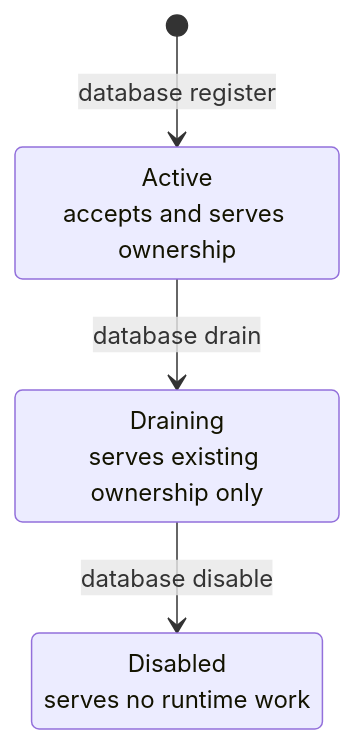
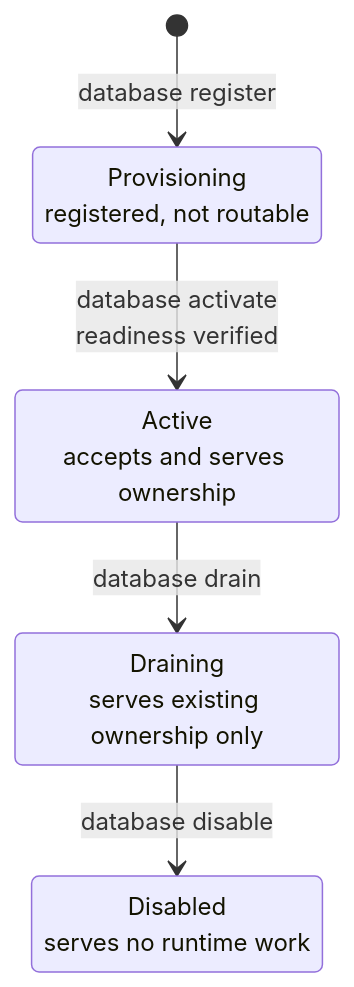
Before and after one commit to gregl83/agent-vigilo: the second of 4 diagrams in web/docs/architecture/scaling/index.mdx, drawn with Mermaid. The commit also changed other lines of this file and 11 other files, not shown here.

````diff
--- a/web/docs/architecture/scaling/index.mdx
+++ b/web/docs/architecture/scaling/index.mdx
@@ -306,10 +319,12 @@
 ```mermaid
 stateDiagram-v2
+    state "Provisioning<br/>registered, not routable" as provisioning
     state "Active<br/>accepts and serves ownership" as active
     state "Draining<br/>serves existing ownership only" as draining
     state "Disabled<br/>serves no runtime work" as disabled
 
-    [*] --> active: database register
+    [*] --> provisioning: database register
+    provisioning --> active: database activate<br/>readiness verified
     active --> draining: database drain
     draining --> disabled: database disable
 ```
````
